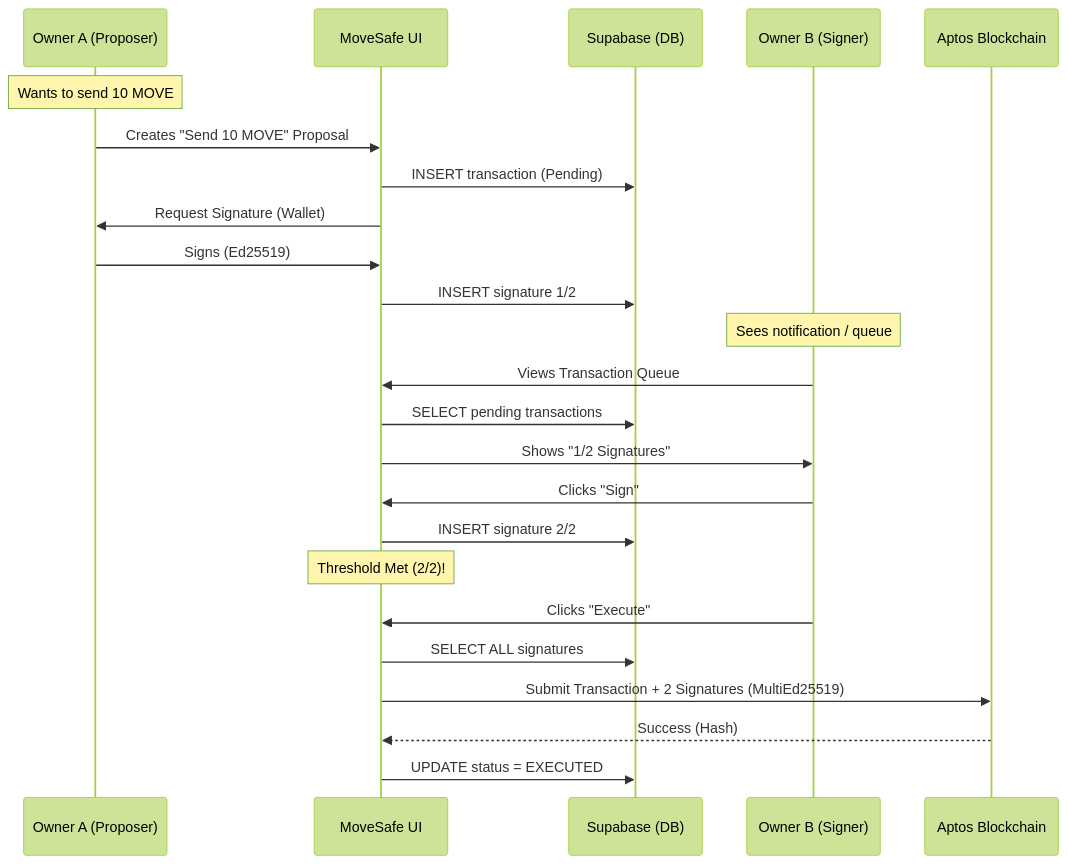
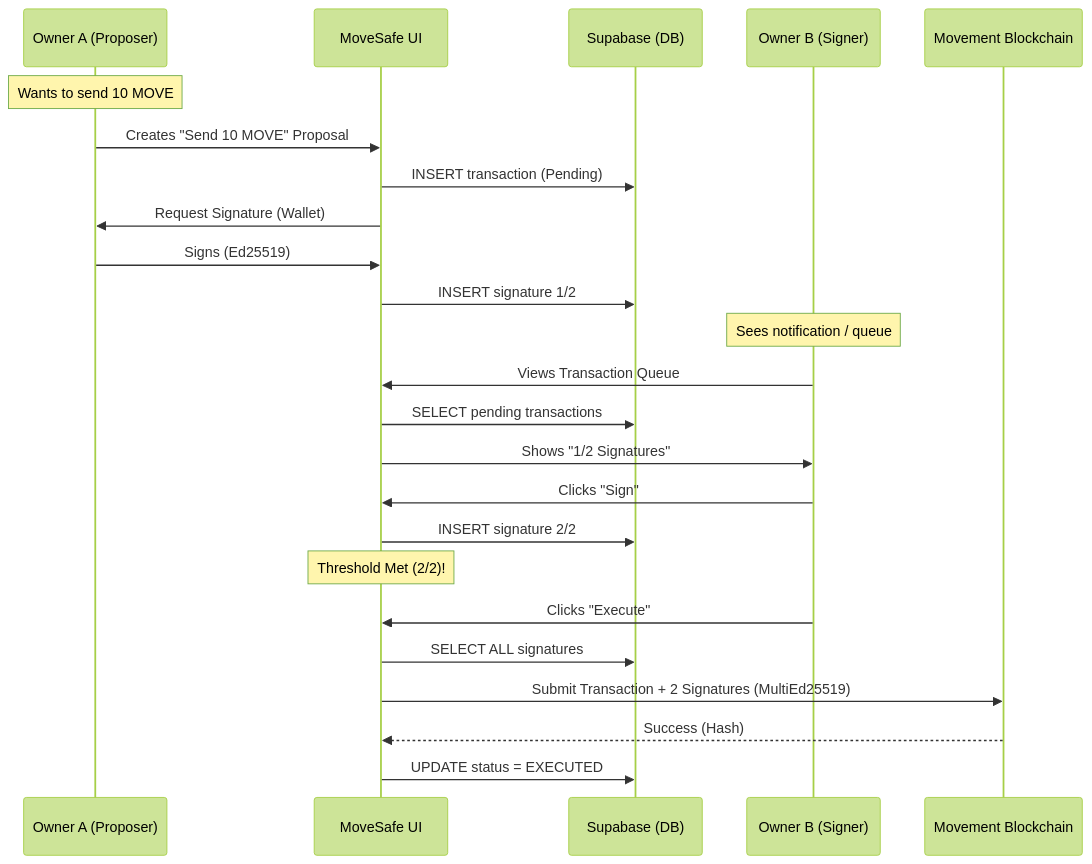
One commit to E1eng/movesafe changed the diagram in movesafe/README.md. Above: the diagram before and after it, drawn with Mermaid (forest theme). The commit also changed 1 other file, not shown here.

Commit message:
docs: add detailed frontend application README with development guide and system architecture, and adjust wording in project README.

````diff
--- a/movesafe/README.md
+++ b/movesafe/README.md
@@ -64,29 +64,29 @@
 ```mermaid
 sequenceDiagram
     participant Owner A (Proposer)
     participant MoveSafe UI
     participant Supabase (DB)
     participant Owner B (Signer)
-    participant Aptos Blockchain
+    participant Movement Blockchain
 
     Note over Owner A (Proposer): Wants to send 10 MOVE
     Owner A (Proposer)->>MoveSafe UI: Creates "Send 10 MOVE" Proposal
     MoveSafe UI->>Supabase (DB): INSERT transaction (Pending)
     MoveSafe UI->>Owner A (Proposer): Request Signature (Wallet)
     Owner A (Proposer)->>MoveSafe UI: Signs (Ed25519)
     MoveSafe UI->>Supabase (DB): INSERT signature 1/2
 
     Note over Owner B (Signer): Sees notification / queue
     Owner B (Signer)->>MoveSafe UI: Views Transaction Queue
     MoveSafe UI->>Supabase (DB): SELECT pending transactions
     MoveSafe UI->>Owner B (Signer): Shows "1/2 Signatures"
     Owner B (Signer)->>MoveSafe UI: Clicks "Sign"
     MoveSafe UI->>Supabase (DB): INSERT signature 2/2
 
     Note over MoveSafe UI: Threshold Met (2/2)!
     Owner B (Signer)->>MoveSafe UI: Clicks "Execute"
     MoveSafe UI->>Supabase (DB): SELECT ALL signatures
-    MoveSafe UI->>Aptos Blockchain: Submit Transaction + 2 Signatures (MultiEd25519)
-    Aptos Blockchain-->>MoveSafe UI: Success (Hash)
+    MoveSafe UI->>Movement Blockchain: Submit Transaction + 2 Signatures (MultiEd25519)
+    Movement Blockchain-->>MoveSafe UI: Success (Hash)
     MoveSafe UI->>Supabase (DB): UPDATE status = EXECUTED
 ```
````
